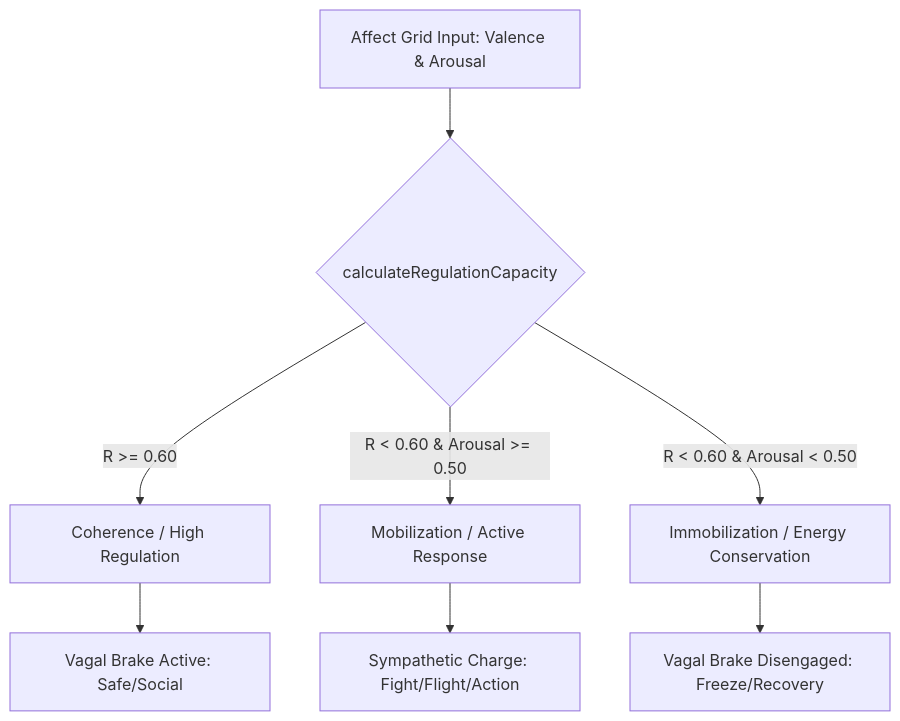
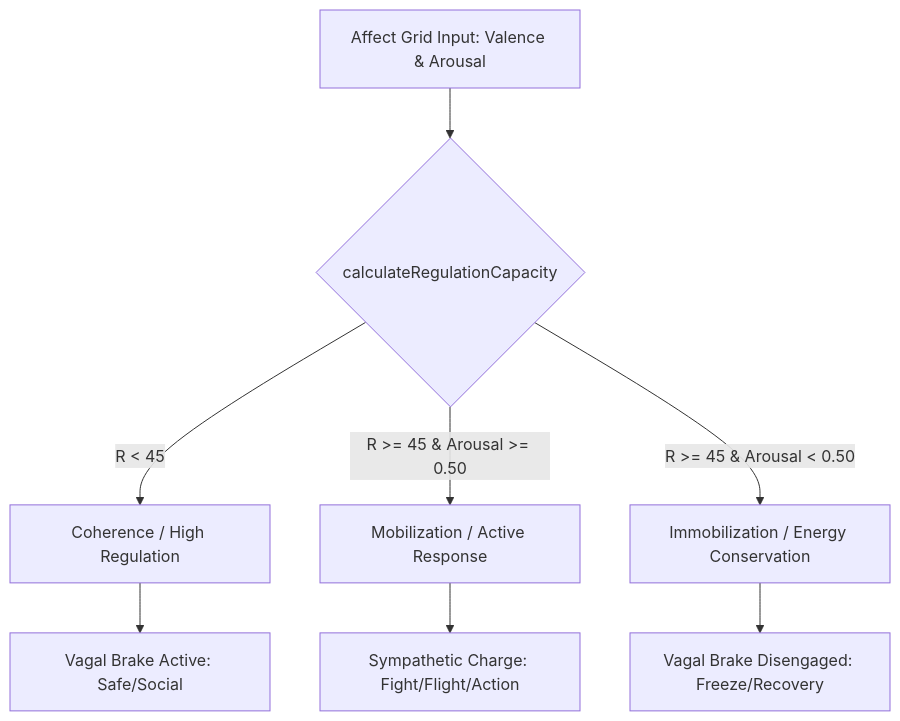
Before and after one commit to dilovantprk/aurawll: the diagram in docs/architecture_NIM.md, drawn with Mermaid. The commit also changed other lines of this file, not shown here.

Commit message:
docs: update architectural docs with calibrated 0-100 continuous R formulas

````diff
--- a/docs/architecture_NIM.md
+++ b/docs/architecture_NIM.md
@@ -35,11 +35,11 @@
 ```mermaid
 graph TD
     A[Affect Grid Input: Valence & Arousal] --> B{calculateRegulationCapacity}
-    B -->|R >= 0.60| C[Coherence / High Regulation]
-    B -->|R < 0.60 & Arousal >= 0.50| D[Mobilization / Active Response]
-    B -->|R < 0.60 & Arousal < 0.50| E[Immobilization / Energy Conservation]
+    B -->|R < 45| C[Coherence / High Regulation]
+    B -->|R >= 45 & Arousal >= 0.50| D[Mobilization / Active Response]
+    B -->|R >= 45 & Arousal < 0.50| E[Immobilization / Energy Conservation]
     
     C --> F[Vagal Brake Active: Safe/Social]
     D --> G[Sympathetic Charge: Fight/Flight/Action]
     E --> H[Vagal Brake Disengaged: Freeze/Recovery]
 ```
````
